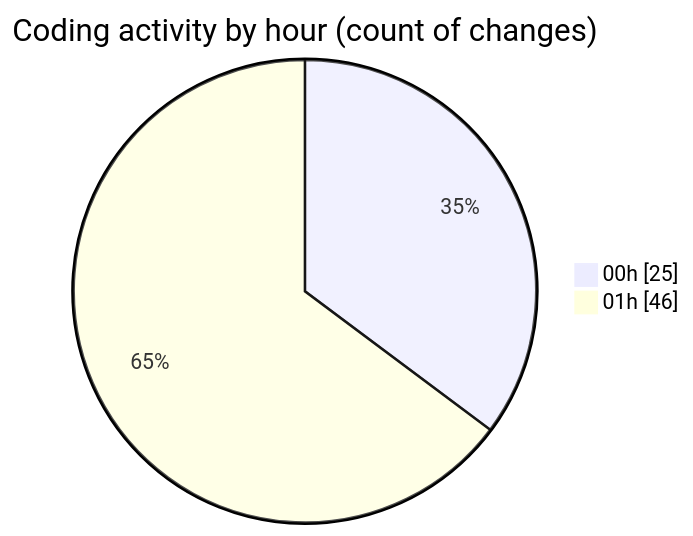
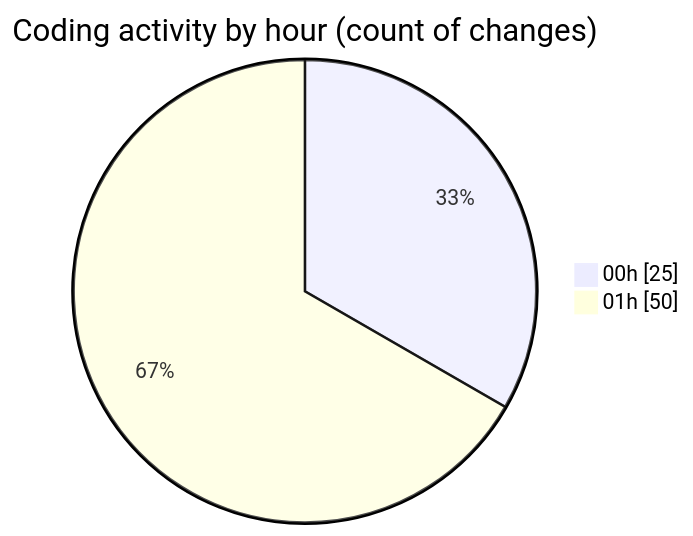
The second of 2 diagrams in 2025-07-14/rentotp/README.md (lephambinh05/code-tracking), drawn with Mermaid before and after one commit. The commit also changed other lines of this file and 1 other file, not shown here.

````diff
--- a/2025-07-14/rentotp/README.md
+++ b/2025-07-14/rentotp/README.md
@@ -54,6 +54,6 @@
 ```mermaid
 pie showData
 title Coding activity by hour (count of changes)
 "00h" : 25
-"01h" : 46
+"01h" : 50
 ```
````
